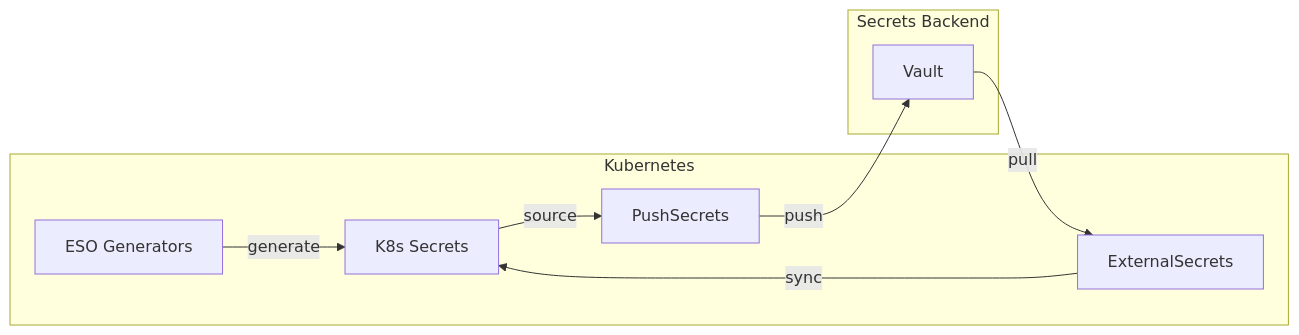
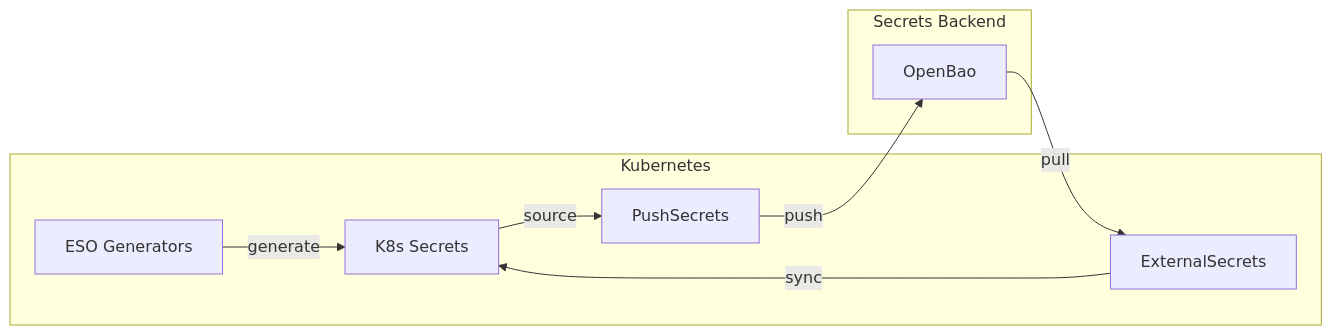
One commit to openova-io/openova changed the first of 2 diagrams in platform/external-secrets/README.md. Above: the diagram before and after it, drawn with Mermaid. The commit also changed other lines of this file and 35 other files, not shown here.

````diff
--- a/platform/external-secrets/README.md
+++ b/platform/external-secrets/README.md
@@ -15,19 +15,19 @@
 ```mermaid
 flowchart LR
     subgraph K8s["Kubernetes"]
         Gen[ESO Generators]
         KS[K8s Secrets]
         PS[PushSecrets]
         ES[ExternalSecrets]
     end
 
-    subgraph Vault["Secrets Backend"]
-        VL[Vault]
+    subgraph OpenBao["Secrets Backend"]
+        VL[OpenBao]
     end
 
     Gen -->|"generate"| KS
     KS -->|"source"| PS
     PS -->|"push"| VL
     VL -->|"pull"| ES
     ES -->|"sync"| KS
 ```
````
